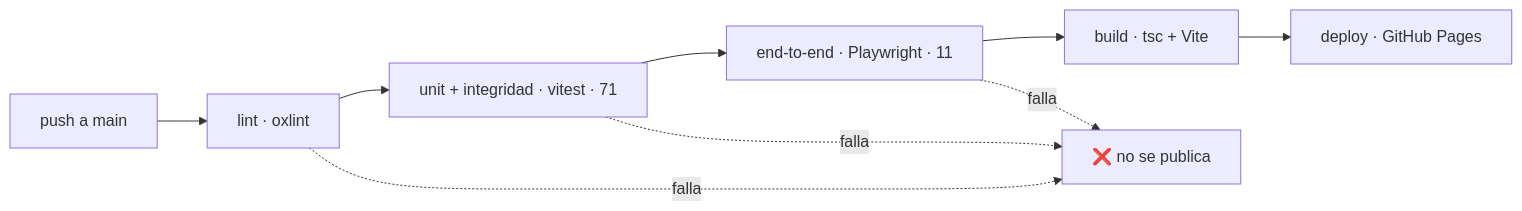
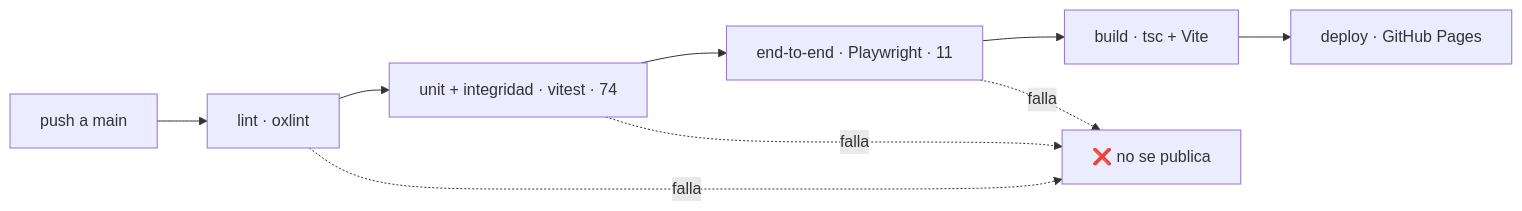
The diagram in docs/06-calidad.md (luzzaragoza/cuanto-me-falta), drawn with Mermaid before and after one commit. The commit also changed other lines of this file and 4 other files, not shown here.

````diff
--- a/docs/06-calidad.md
+++ b/docs/06-calidad.md
@@ -60,12 +61,12 @@
 ```mermaid
 %% svg:pipeline
 flowchart LR
     P["push a main"] --> L["lint · oxlint"]
-    L --> U["unit + integridad · vitest · 71"]
+    L --> U["unit + integridad · vitest · 74"]
     U --> E["end-to-end · Playwright · 11"]
     E --> B["build · tsc + Vite"]
     B --> D["deploy · GitHub Pages"]
     L -. falla .-> X["❌ no se publica"]
     U -. falla .-> X
     E -. falla .-> X
 ```
````
